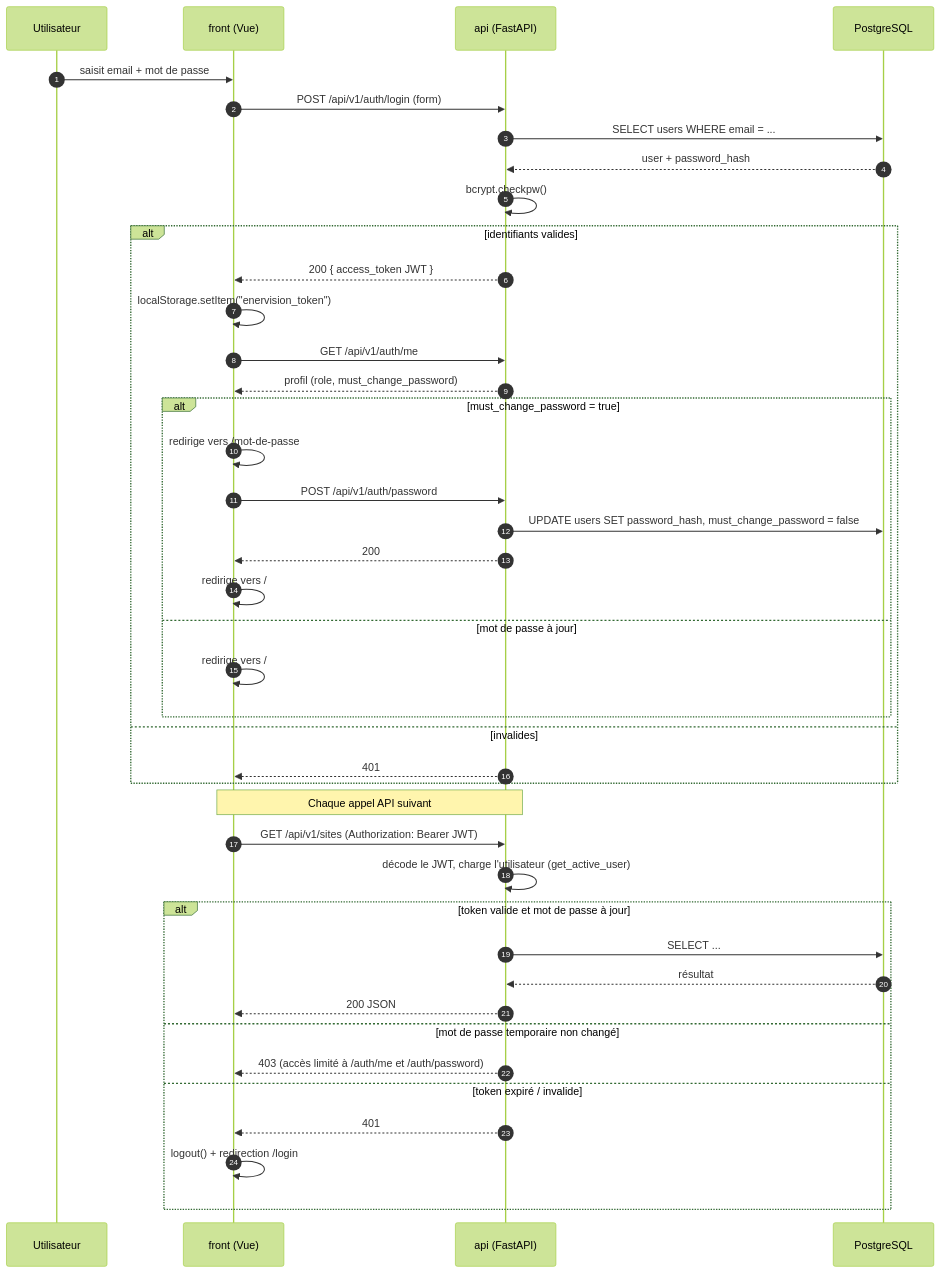
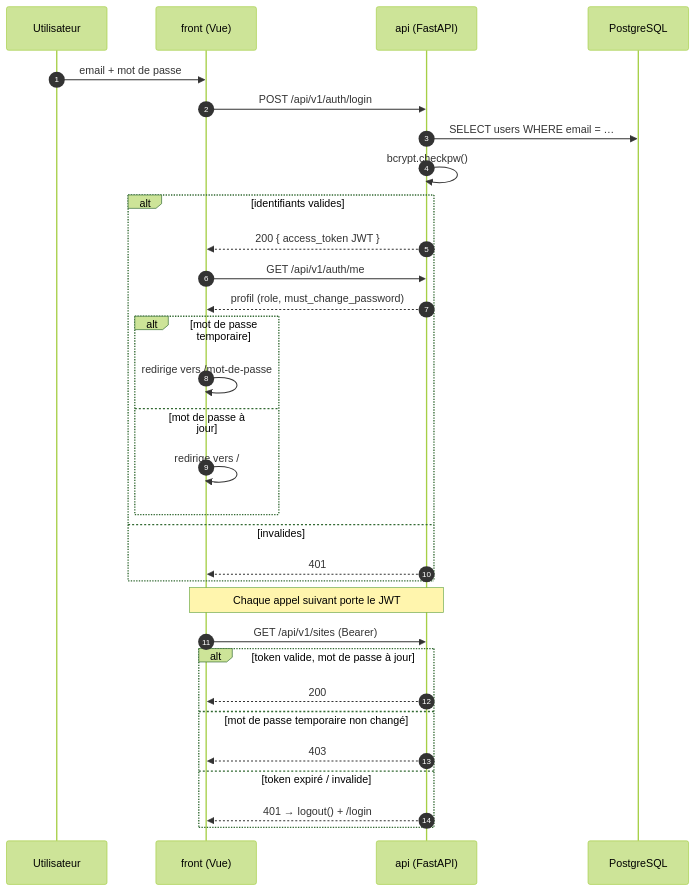
One commit to EnerVisionENI/enervision changed the third of 3 diagrams in README.md. Above: the diagram before and after it, drawn with Mermaid (forest theme). The commit also changed other lines of this file and 51 other files, not shown here.

````diff
--- a/README.md
+++ b/README.md
@@ -156,46 +162,36 @@
 ```mermaid
 sequenceDiagram
     autonumber
     participant U as Utilisateur
     participant F as front (Vue)
     participant A as api (FastAPI)
     participant DB as PostgreSQL
 
-    U->>F: saisit email + mot de passe
-    F->>A: POST /api/v1/auth/login (form)
-    A->>DB: SELECT users WHERE email = ...
-    DB-->>A: user + password_hash
+    U->>F: email + mot de passe
+    F->>A: POST /api/v1/auth/login
+    A->>DB: SELECT users WHERE email = …
     A->>A: bcrypt.checkpw()
     alt identifiants valides
         A-->>F: 200 { access_token JWT }
-        F->>F: localStorage.setItem("enervision_token")
         F->>A: GET /api/v1/auth/me
         A-->>F: profil (role, must_change_password)
-        alt must_change_password = true
+        alt mot de passe temporaire
             F->>F: redirige vers /mot-de-passe
-            F->>A: POST /api/v1/auth/password
-            A->>DB: UPDATE users SET password_hash, must_change_password = false
-            A-->>F: 200
-            F->>F: redirige vers /
         else mot de passe à jour
             F->>F: redirige vers /
         end
     else invalides
         A-->>F: 401
     end
 
-    Note over F,A: Chaque appel API suivant
+    Note over F,A: Chaque appel suivant porte le JWT
 
-    F->>A: GET /api/v1/sites (Authorization: Bearer JWT)
-    A->>A: décode le JWT, charge l'utilisateur (get_active_user)
-    alt token valide et mot de passe à jour
-        A->>DB: SELECT ...
-        DB-->>A: résultat
-        A-->>F: 200 JSON
+    F->>A: GET /api/v1/sites (Bearer)
+    alt token valide, mot de passe à jour
+        A-->>F: 200
     else mot de passe temporaire non changé
-        A-->>F: 403 (accès limité à /auth/me et /auth/password)
+        A-->>F: 403
     else token expiré / invalide
-        A-->>F: 401
-        F->>F: logout() + redirection /login
+        A-->>F: 401 → logout() + /login
     end
 ```
````
